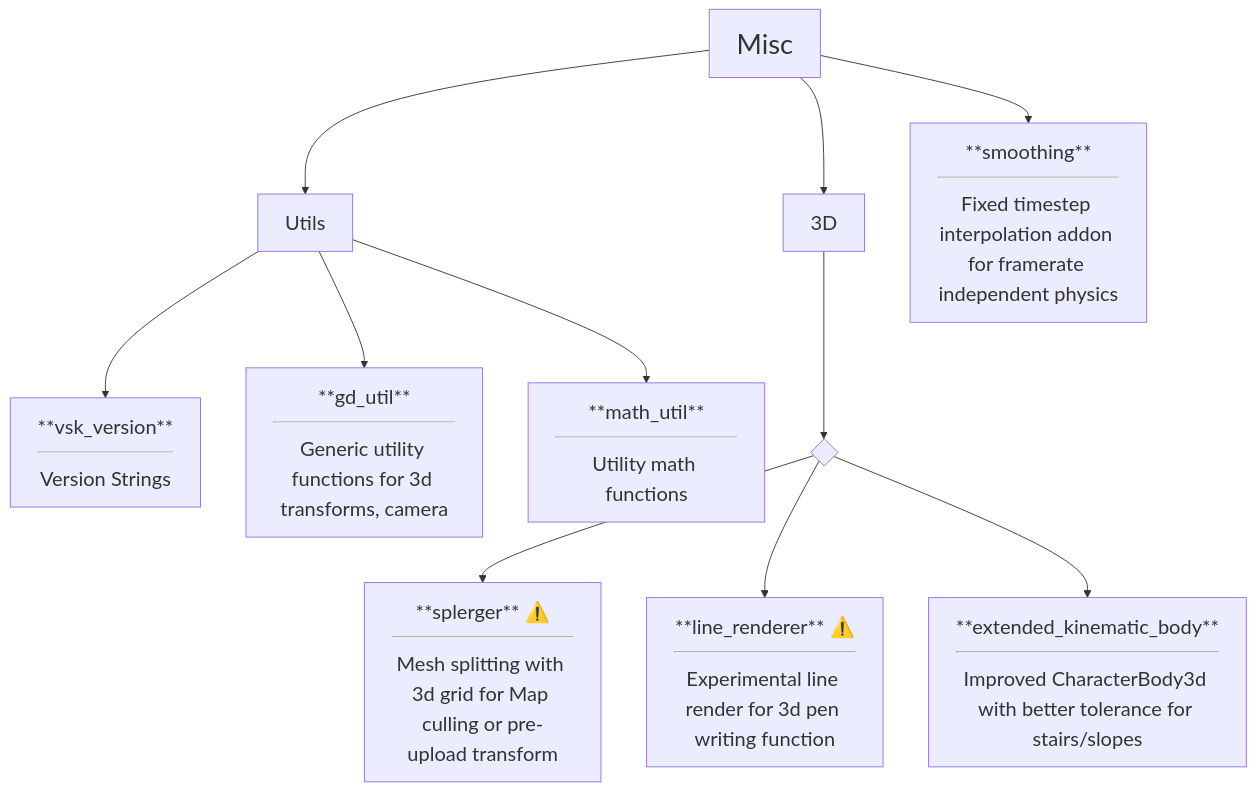
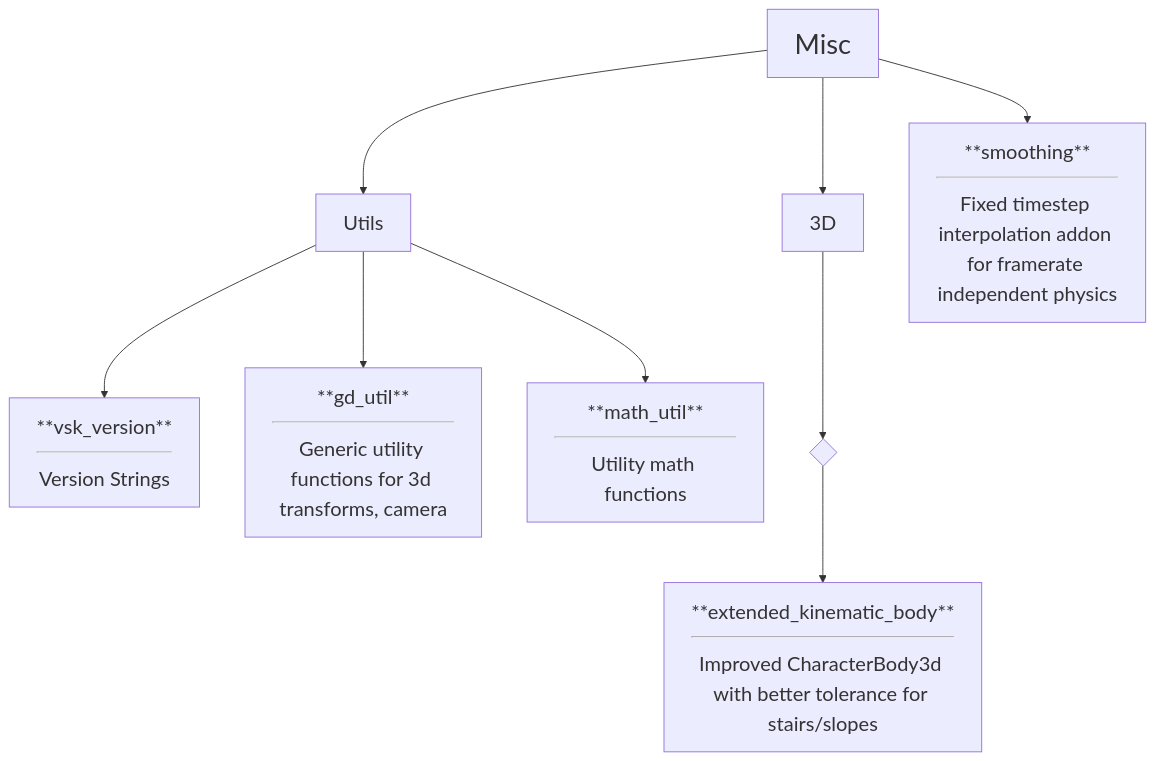
One commit to V-Sekai/v-sekai-game changed the eighth of 8 diagrams in CODEBASE.md. Above: the diagram before and after it, drawn with Mermaid. The commit also changed other lines of this file and 151 other files, not shown here.

````diff
--- a/CODEBASE.md
+++ b/CODEBASE.md
@@ -118,17 +113,15 @@
 ```mermaid
 %%{init: {'themeVariables': { 'fontSize': '22px' }}}%%
 flowchart TD
         Misc --> Utils
             Utils --> addon33[**vsk_version**<hr>Version Strings]
             Utils --> addon34[**gd_util**<hr>Generic utility functions for 3d transforms, camera]
             Utils --> addon35[**math_util**<hr>Utility math functions]
         Misc --> 3D
             3D --> ctrl1{" "}
-            ctrl1 --> addon36[**splerger** ⚠️<hr>Mesh splitting with 3d grid for Map culling or pre-upload transform]
-            ctrl1 --> addon37[**line_renderer** ⚠️<hr>Experimental line render for 3d pen writing function]
             ctrl1 --> addon38[**extended_kinematic_body**<hr>Improved CharacterBody3d with better tolerance for stairs/slopes]
         Misc --> addon39[**smoothing**<hr>Fixed timestep interpolation addon for framerate independent physics]
 
     classDef Category font-size:30px
     class Misc Category
 ```
````
